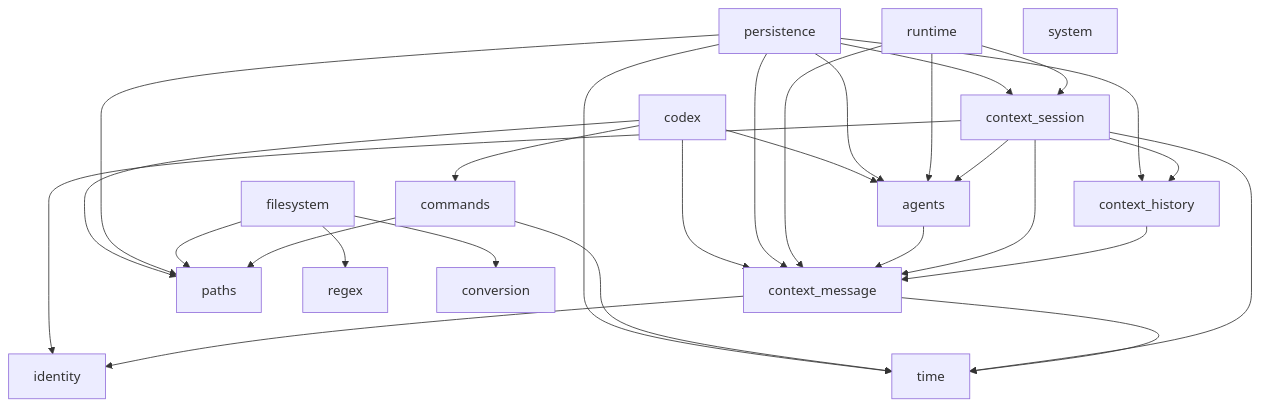
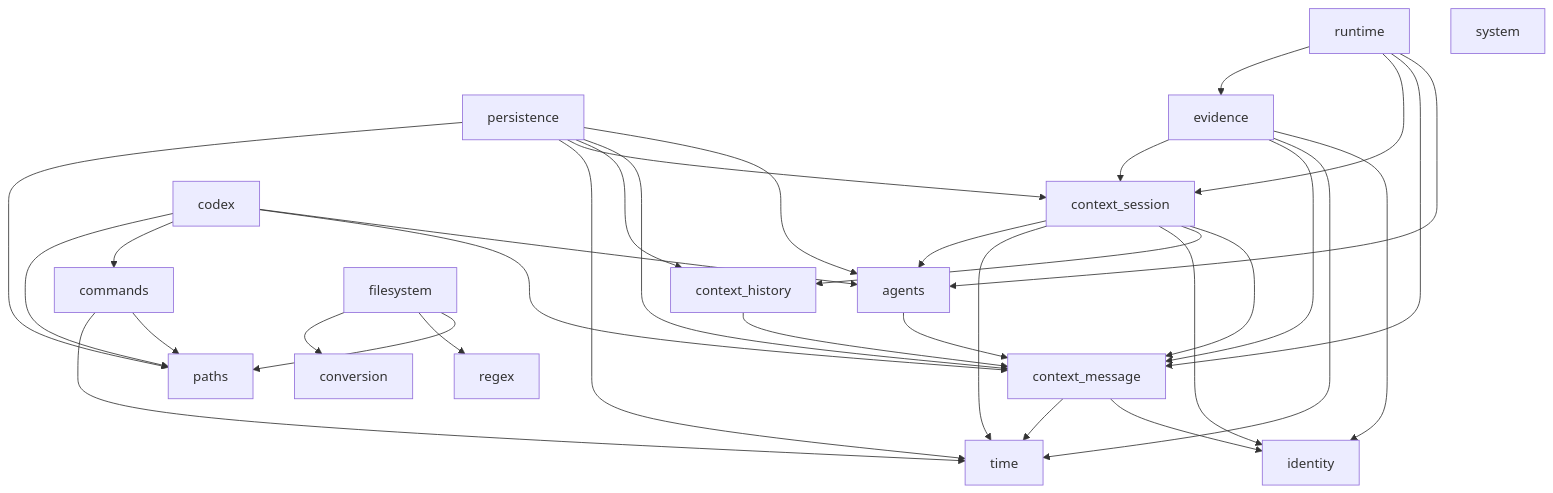
The diagram in docs/architecture.md (asmith662/devtools), drawn with Mermaid before and after one commit. The commit also changed other lines of this file and 16 other files, not shown here.

````diff
--- a/docs/architecture.md
+++ b/docs/architecture.md
@@ -51,38 +54,45 @@
 ```mermaid
 graph TD
     context_message --> identity
     context_message --> time
     context_history --> context_message
     context_session --> context_message
     context_session --> context_history
     context_session --> identity
     context_session --> time
     context_session --> agents
 
     commands --> paths
     commands --> time
 
     filesystem --> paths
     filesystem --> regex
     filesystem --> conversion
 
     agents --> context_message
     runtime --> agents
     runtime --> context_message
     runtime --> context_session
 
     persistence --> agents
     persistence --> context_message
     persistence --> context_history
     persistence --> context_session
     persistence --> time
     persistence --> paths
 
+    evidence --> identity
+    evidence --> time
+    evidence --> context_message
+    evidence --> context_session
+
+    runtime --> evidence
+
     codex --> agents
     codex --> context_message
     codex --> commands
     codex --> paths
 
     identity
     system
 ```
````
